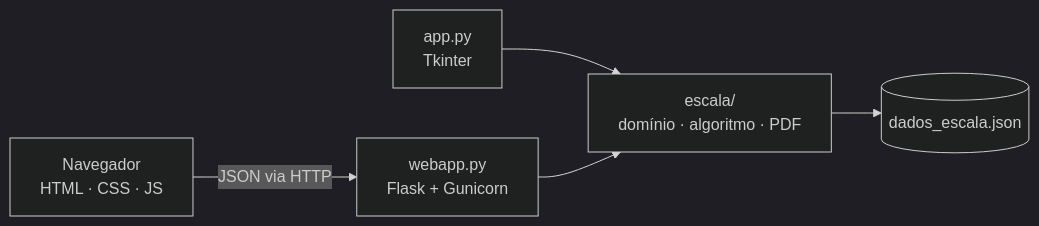
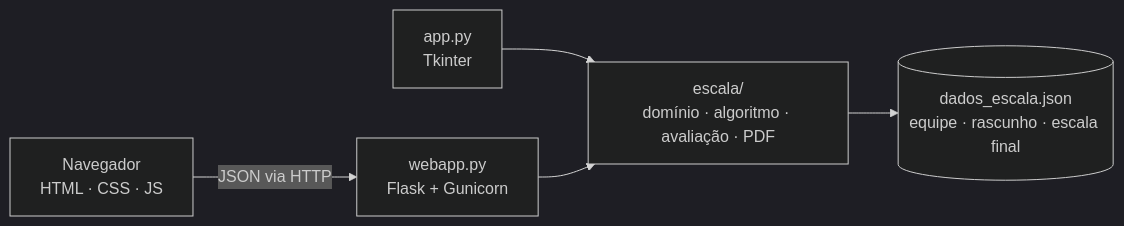
One commit to CarlosAlvesSantosJr/escalas-de-plantao changed the second of 2 diagrams in README.md. Above: the diagram before and after it, drawn with Mermaid (dark theme). The commit also changed other lines of this file and 6 other files, not shown here.

````diff
--- a/README.md
+++ b/README.md
@@ -118,7 +134,7 @@
 ```mermaid
 flowchart LR
     UI["Navegador<br/>HTML · CSS · JS"] -- "JSON via HTTP" --> API["webapp.py<br/>Flask + Gunicorn"]
     TK["app.py<br/>Tkinter"] --> CORE
-    API --> CORE["escala/<br/>domínio · algoritmo · PDF"]
-    CORE --> DB[("dados_escala.json")]
+    API --> CORE["escala/<br/>domínio · algoritmo · avaliação · PDF"]
+    CORE --> DB[("dados_escala.json<br/>equipe · rascunho · escala final")]
 ```
````
